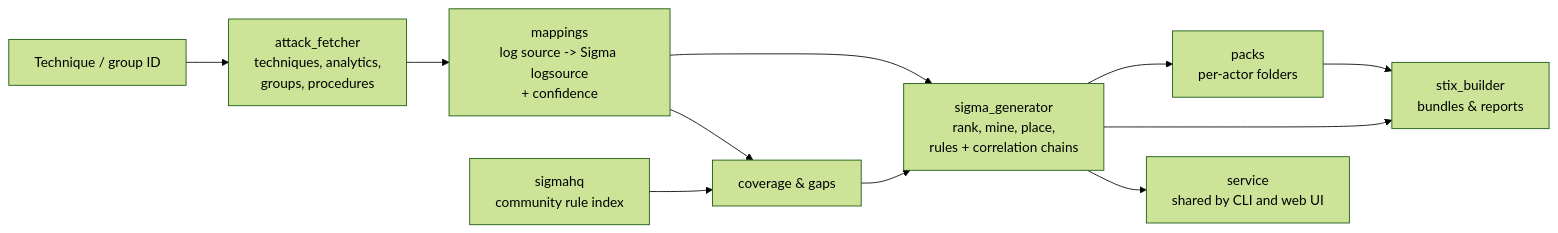
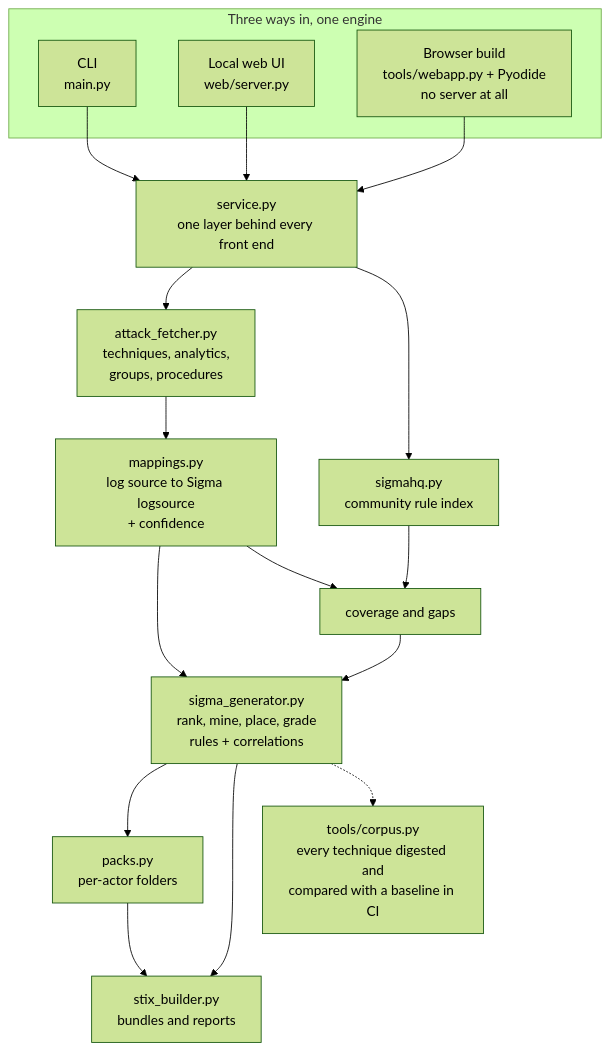
One commit to kushagra-patel1011/sigma-generator changed the diagram in README.md. Above: the diagram before and after it, drawn with Mermaid (forest theme).

Commit message:
Show all three front ends and the corpus snapshot in the architecture diagram

````diff
--- a/README.md
+++ b/README.md
@@ -482,13 +482,33 @@
 ```mermaid
-flowchart LR
-    A[Technique / group ID] --> B[attack_fetcher<br/>techniques, analytics,<br/>groups, procedures]
-    B --> C[mappings<br/>log source -> Sigma logsource<br/>+ confidence]
-    C --> D[sigma_generator<br/>rank, mine, place,<br/>rules + correlation chains]
-    E[sigmahq<br/>community rule index] --> F[coverage & gaps]
-    C --> F
-    F --> D
-    D --> G[packs<br/>per-actor folders]
-    D --> H[stix_builder<br/>bundles & reports]
-    G --> H
-    D --> I[service<br/>shared by CLI and web UI]
+flowchart TB
+    subgraph frontends[Three ways in, one engine]
+        CLI["CLI<br/>main.py"]
+        SERVER["Local web UI<br/>web/server.py"]
+        BROWSER["Browser build<br/>tools/webapp.py + Pyodide<br/>no server at all"]
+    end
+
+    SERVICE["service.py<br/>one layer behind every front end"]
+    FETCH["attack_fetcher.py<br/>techniques, analytics,<br/>groups, procedures"]
+    MAP["mappings.py<br/>log source to Sigma logsource<br/>+ confidence"]
+    HQ["sigmahq.py<br/>community rule index"]
+    GAPS["coverage and gaps"]
+    GEN["sigma_generator.py<br/>rank, mine, place, grade<br/>rules + correlations"]
+    PACKS["packs.py<br/>per-actor folders"]
+    STIX["stix_builder.py<br/>bundles and reports"]
+    CORPUS["tools/corpus.py<br/>every technique digested and<br/>compared with a baseline in CI"]
+
+    CLI --> SERVICE
+    SERVER --> SERVICE
+    BROWSER --> SERVICE
+    SERVICE --> FETCH
+    FETCH --> MAP
+    MAP --> GEN
+    SERVICE --> HQ
+    HQ --> GAPS
+    MAP --> GAPS
+    GAPS --> GEN
+    GEN --> PACKS
+    GEN --> STIX
+    PACKS --> STIX
+    GEN -.-> CORPUS
 ```
````
